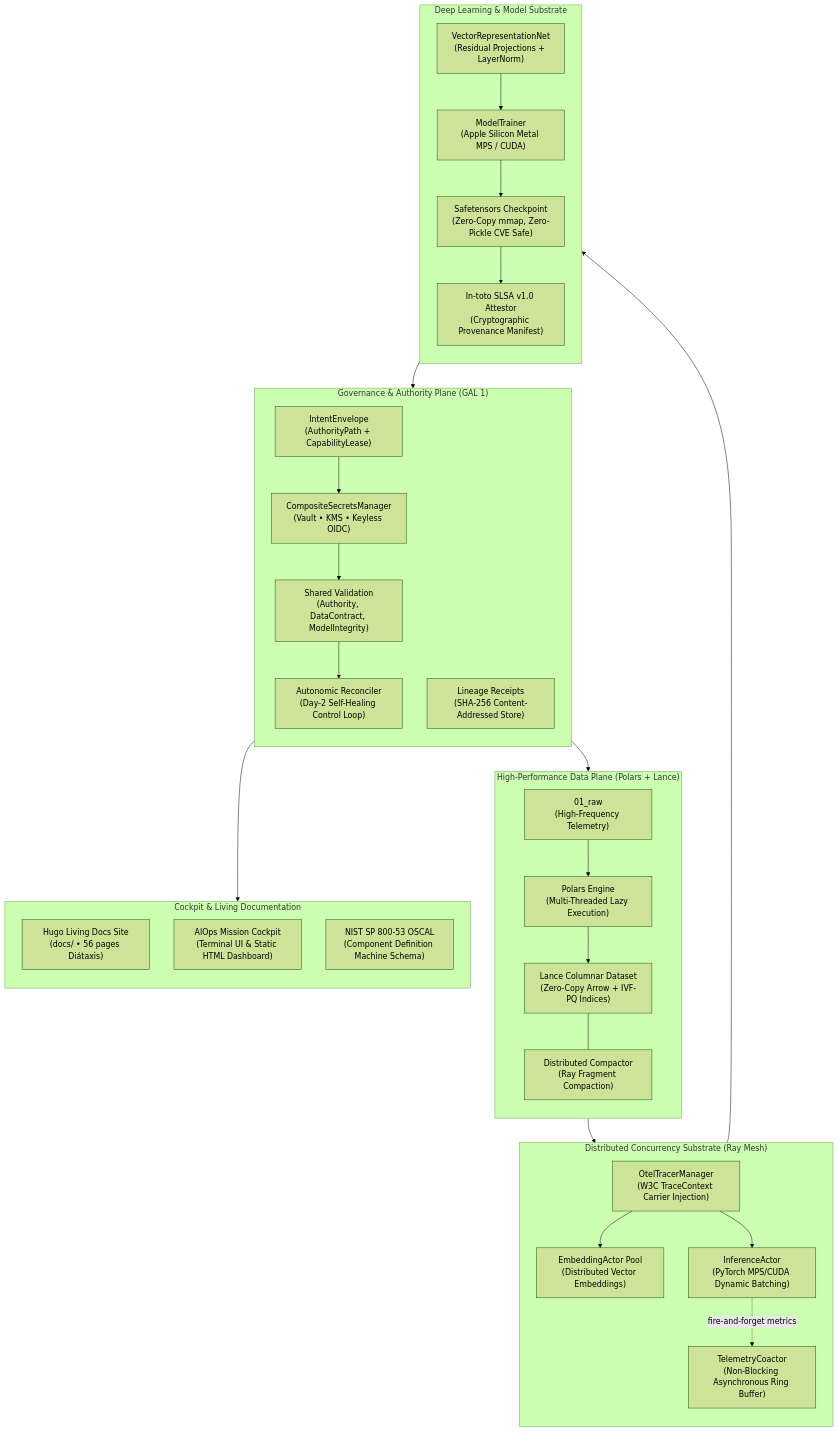
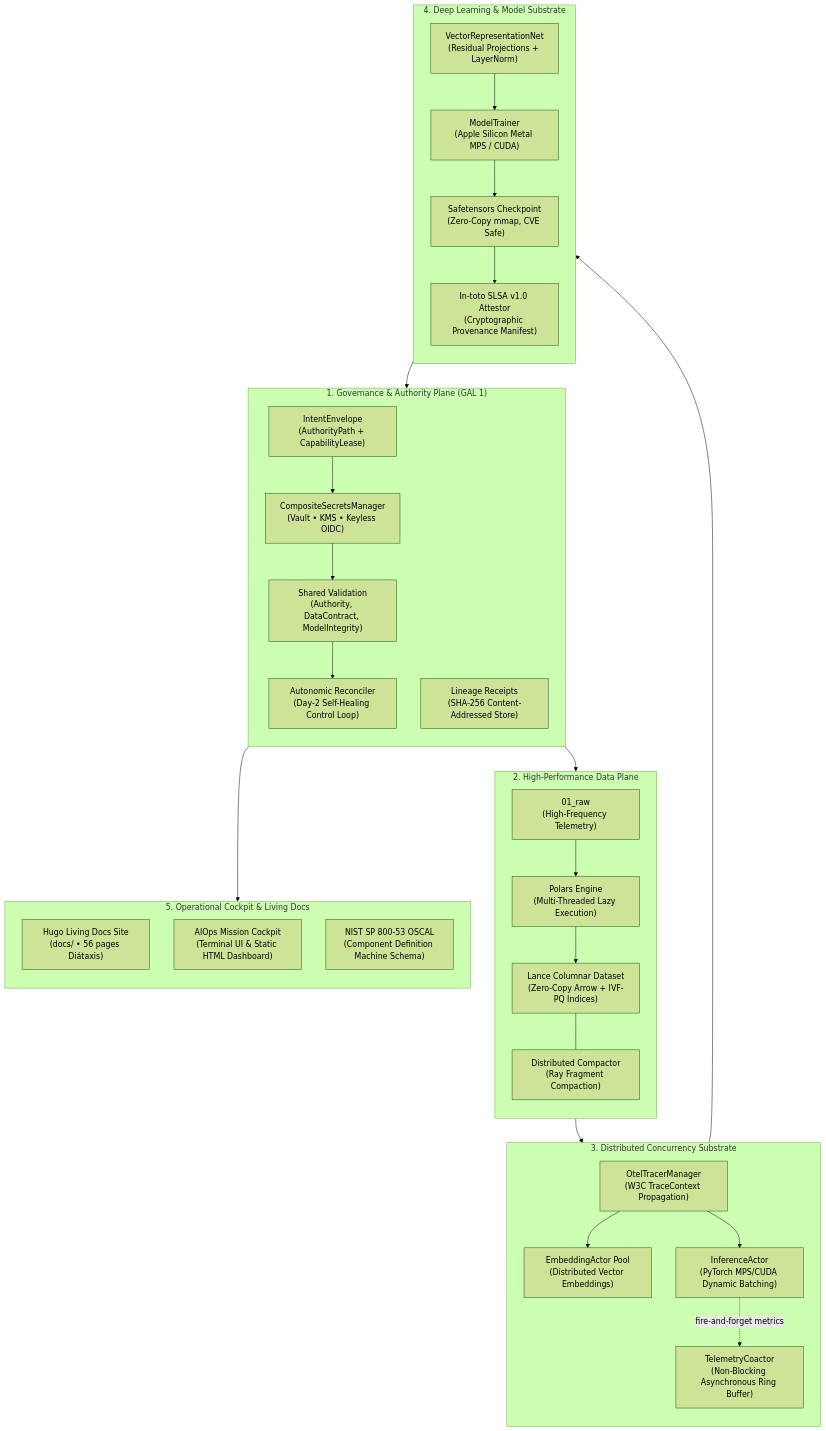
One commit to ckodex-labs/ckodex-ai-project-template changed the diagram in README.md. Above: the diagram before and after it, drawn with Mermaid (forest theme). The commit also changed other lines of this file, not shown here.

````diff
--- a/README.md
+++ b/README.md
@@ -43,55 +100,55 @@
 ```mermaid
 flowchart TD
-    subgraph Governance ["Governance & Authority Plane (GAL 1)"]
+    subgraph Governance ["1. Governance & Authority Plane (GAL 1)"]
         direction TB
         Intent["IntentEnvelope<br/>(AuthorityPath + CapabilityLease)"]
         SecMgr["CompositeSecretsManager<br/>(Vault • KMS • Keyless OIDC)"]
         Val["Shared Validation<br/>(Authority, DataContract, ModelIntegrity)"]
         Reconciler["Autonomic Reconciler<br/>(Day-2 Self-Healing Control Loop)"]
         Receipts["Lineage Receipts<br/>(SHA-256 Content-Addressed Store)"]
         Intent --> SecMgr --> Val --> Reconciler
     end
 
-    subgraph DataPlane ["High-Performance Data Plane (Polars + Lance)"]
+    subgraph DataPlane ["2. High-Performance Data Plane"]
         direction TB
         Raw["01_raw<br/>(High-Frequency Telemetry)"]
         PolarsClean["Polars Engine<br/>(Multi-Threaded Lazy Execution)"]
         LanceCatalog["Lance Columnar Dataset<br/>(Zero-Copy Arrow + IVF-PQ Indices)"]
         Compactor["Distributed Compactor<br/>(Ray Fragment Compaction)"]
         Raw --> PolarsClean --> LanceCatalog
         LanceCatalog --- Compactor
     end
 
-    subgraph ComputePlane ["Distributed Concurrency Substrate (Ray Mesh)"]
+    subgraph ComputePlane ["3. Distributed Concurrency Substrate"]
         direction TB
-        OTEL["OtelTracerManager<br/>(W3C TraceContext Carrier Injection)"]
+        OTEL["OtelTracerManager<br/>(W3C TraceContext Propagation)"]
         EmbeddingPool["EmbeddingActor Pool<br/>(Distributed Vector Embeddings)"]
         InfActor["InferenceActor<br/>(PyTorch MPS/CUDA Dynamic Batching)"]
         CoActor["TelemetryCoactor<br/>(Non-Blocking Asynchronous Ring Buffer)"]
         OTEL --> EmbeddingPool
         OTEL --> InfActor
         InfActor -.->|fire-and-forget metrics| CoActor
     end
 
-    subgraph MLPlane ["Deep Learning & Model Substrate"]
+    subgraph MLPlane ["4. Deep Learning & Model Substrate"]
         direction TB
         Net["VectorRepresentationNet<br/>(Residual Projections + LayerNorm)"]
         Trainer["ModelTrainer<br/>(Apple Silicon Metal MPS / CUDA)"]
-        Checkpoint["Safetensors Checkpoint<br/>(Zero-Copy mmap, Zero-Pickle CVE Safe)"]
+        Checkpoint["Safetensors Checkpoint<br/>(Zero-Copy mmap, CVE Safe)"]
         Attestor["In-toto SLSA v1.0 Attestor<br/>(Cryptographic Provenance Manifest)"]
         Net --> Trainer --> Checkpoint --> Attestor
     end
 
-    subgraph CockpitPlane ["Cockpit & Living Documentation"]
+    subgraph CockpitPlane ["5. Operational Cockpit & Living Docs"]
         direction TB
         HugoDocs["Hugo Living Docs Site<br/>(docs/ • 56 pages Diátaxis)"]
         Cockpit["AIOps Mission Cockpit<br/>(Terminal UI & Static HTML Dashboard)"]
         OscalGen["NIST SP 800-53 OSCAL<br/>(Component Definition Machine Schema)"]
     end
 
     Governance --> DataPlane
     DataPlane --> ComputePlane
     ComputePlane --> MLPlane
     MLPlane --> Receipts
     Receipts --> CockpitPlane
 ```
````
